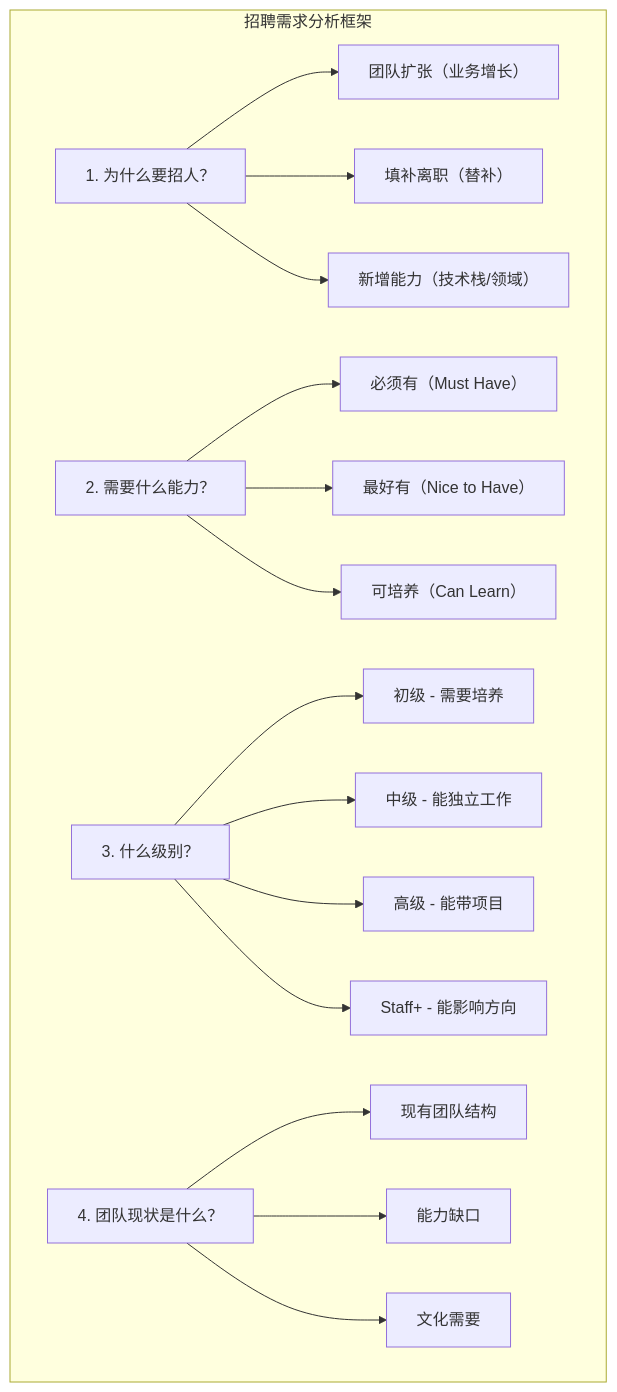
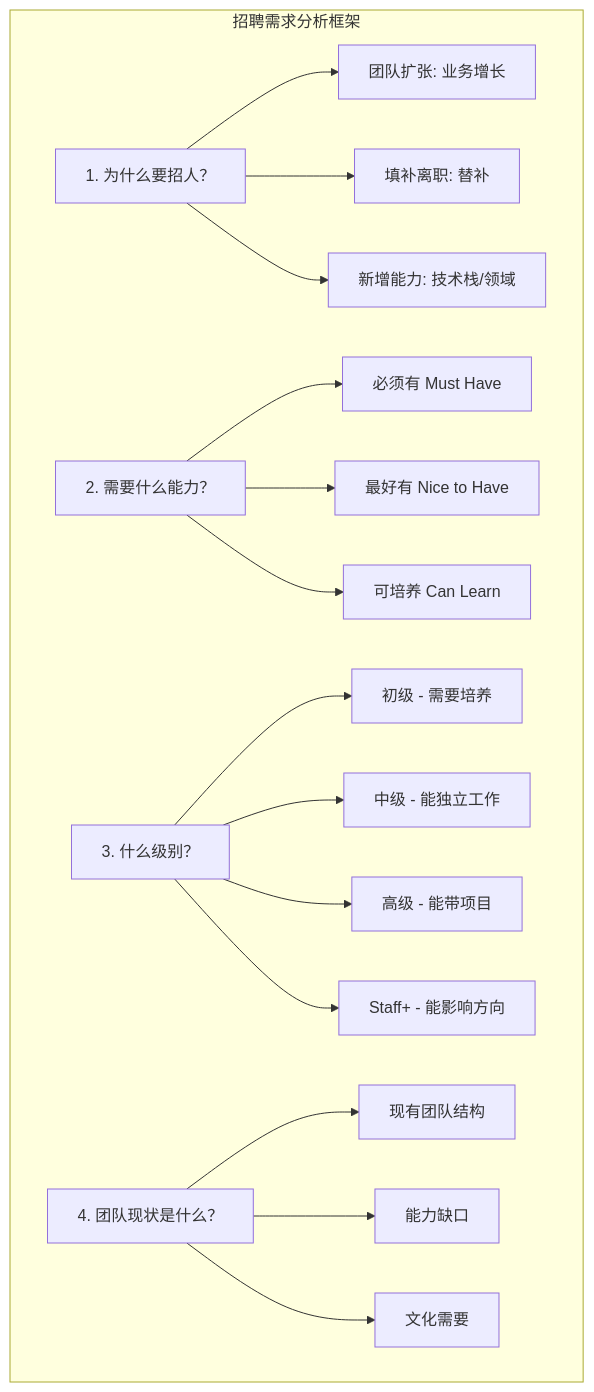
The second of 10 diagrams in content/articles/leadership/mgr-02-技术招聘与团队组建.md (jpixy/jpixy.github.io), drawn with Mermaid before and after one commit. The commit also changed other lines of this file and 66 other files, not shown here.

Commit message:
fix: resolve Mermaid syntax errors by removing parentheses in node labels

````diff
--- a/content/articles/leadership/mgr-02-技术招聘与团队组建.md
+++ b/content/articles/leadership/mgr-02-技术招聘与团队组建.md
@@ -77,38 +77,38 @@
 ```mermaid
 graph TB
     subgraph 招聘需求分析框架
         A["1. 为什么要招人？"]
-        A1["团队扩张（业务增长）"]
-        A2["填补离职（替补）"]
-        A3["新增能力（技术栈/领域）"]
+        A1["团队扩张: 业务增长"]
+        A2["填补离职: 替补"]
+        A3["新增能力: 技术栈/领域"]
         A --> A1
         A --> A2
         A --> A3
         
         B["2. 需要什么能力？"]
-        B1["必须有（Must Have）"]
-        B2["最好有（Nice to Have）"]
-        B3["可培养（Can Learn）"]
+        B1["必须有 Must Have"]
+        B2["最好有 Nice to Have"]
+        B3["可培养 Can Learn"]
         B --> B1
         B --> B2
         B --> B3
         
         C["3. 什么级别？"]
         C1["初级 - 需要培养"]
         C2["中级 - 能独立工作"]
         C3["高级 - 能带项目"]
         C4["Staff+ - 能影响方向"]
         C --> C1
         C --> C2
         C --> C3
         C --> C4
         
         D["4. 团队现状是什么？"]
         D1["现有团队结构"]
         D2["能力缺口"]
         D3["文化需要"]
         D --> D1
         D --> D2
         D --> D3
     end
 ```
````
